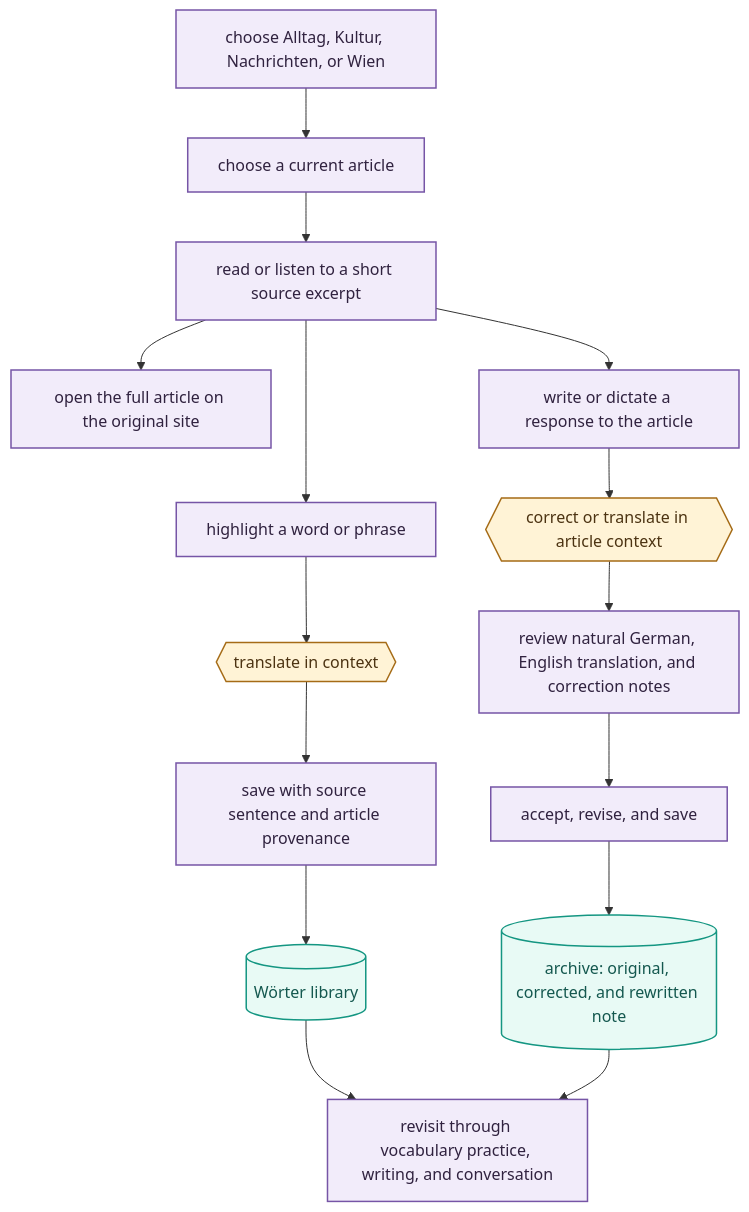
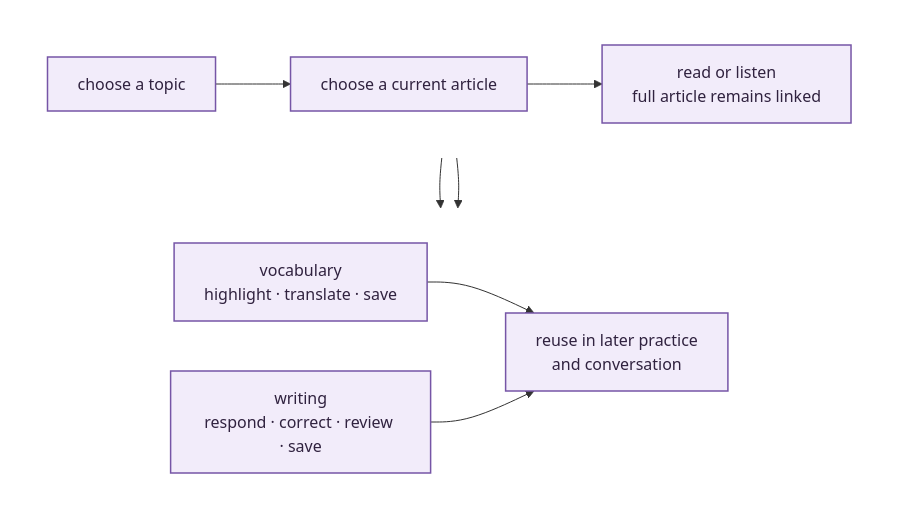
Before and after one commit to robertvanstedum/personal-ai-agents: the fifth of 5 diagrams in README.md, drawn with Mermaid. The commit also changed other lines of this file and 14 other files, not shown here.

````diff
--- a/README.md
+++ b/README.md
@@ -154,27 +210,22 @@
 ```mermaid
-flowchart TD
-    A[choose Alltag, Kultur, Nachrichten, or Wien] --> B[choose a current article]
-    B --> C[read or listen to a short source excerpt]
-    C --> O[open the full article on the original site]
+flowchart TB
+    subgraph TOP[" "]
+        direction LR
+        A[choose a topic] --> B[choose a current article]
+        B --> C[read or listen<br/>full article remains linked]
+    end
 
-    C --> V[highlight a word or phrase]
-    V --> VT{{translate in context}}
-    VT --> W[save with source sentence and article provenance]
-    W --> WL[(Wörter library)]
+    subgraph PRACTICE[" "]
+        direction LR
+        V["vocabulary<br/>highlight · translate · save"] --> P[reuse in later practice<br/>and conversation]
+        N["writing<br/>respond · correct · review · save"] --> P
+    end
 
-    C --> N[write or dictate a response to the article]
-    N --> NC{{correct or translate in article context}}
-    NC --> NR[review natural German, English translation, and correction notes]
-    NR --> NA[accept, revise, and save]
-    NA --> AR[(archive: original, corrected, and rewritten note)]
-
-    WL --> P[revisit through vocabulary practice, writing, and conversation]
-    AR --> P
+    C --> V
+    C --> N
 
     classDef language fill:#F2ECFA,stroke:#7655A6,color:#30223F,stroke-width:1.5px
-    classDef ai fill:#FFF3D6,stroke:#A56B16,color:#4C3312,stroke-width:1.5px
-    classDef memory fill:#E8FAF5,stroke:#149682,color:#14584F,stroke-width:1.5px
-    class A,B,C,O,V,W,N,NR,NA,P language
-    class VT,NC ai
-    class WL,AR memory
+    class A,B,C,V,N,P language
+    style TOP fill:transparent,stroke:transparent
+    style PRACTICE fill:transparent,stroke:transparent
 ```
````
